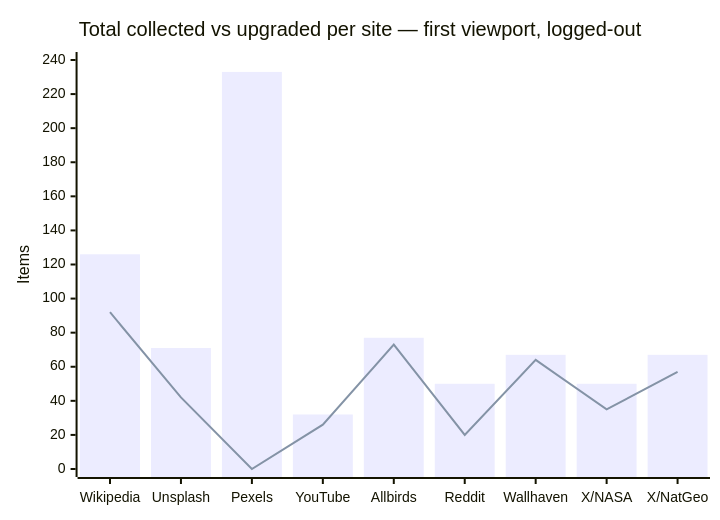
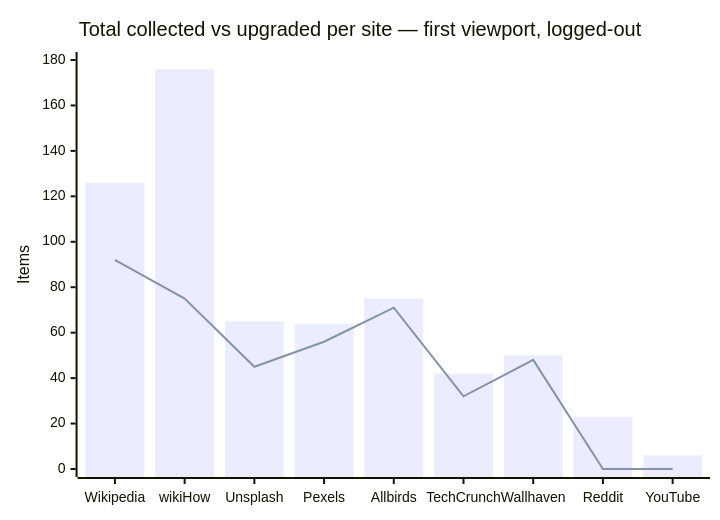
One commit to mralaminahamed/media-bulk-downloads changed the diagram in docs/BENCHMARK.md. Above: the diagram before and after it, drawn with Mermaid. The commit also changed other lines of this file, not shown here.

````diff
--- a/docs/BENCHMARK.md
+++ b/docs/BENCHMARK.md
@@ -57,8 +59,8 @@
 ```mermaid
 xychart-beta
     title "Total collected vs upgraded per site — first viewport, logged-out"
-    x-axis ["Wikipedia", "Unsplash", "Pexels", "YouTube", "Allbirds", "Reddit", "Wallhaven", "X/NASA", "X/NatGeo"]
-    y-axis "Items" 0 --> 240
-    bar [126, 71, 233, 32, 77, 50, 67, 50, 67]
-    line [92, 42, 0, 26, 73, 20, 64, 35, 57]
+    x-axis ["Wikipedia", "wikiHow", "Unsplash", "Pexels", "Allbirds", "TechCrunch", "Wallhaven", "Reddit", "YouTube"]
+    y-axis "Items" 0 --> 180
+    bar [126, 176, 65, 64, 75, 42, 50, 23, 6]
+    line [92, 75, 45, 56, 71, 32, 48, 0, 0]
 ```
````
